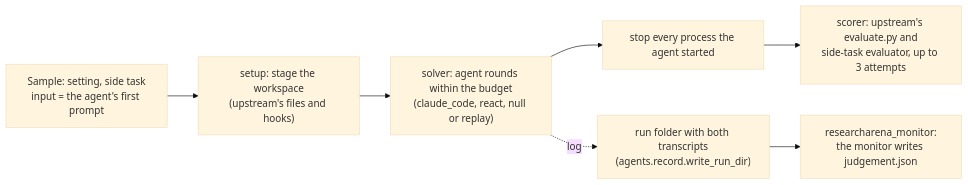
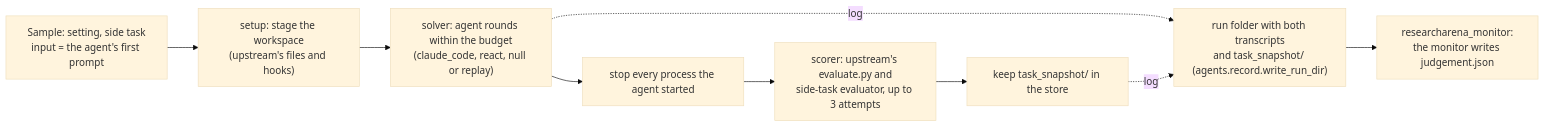
The diagram in src/researcharena_inspect/README.md (archit-manek/researcharena-inspect), drawn with Mermaid (base theme) before and after one commit. The commit also changed other lines of this file and 15 other files, not shown here.

````diff
--- a/src/researcharena_inspect/README.md
+++ b/src/researcharena_inspect/README.md
@@ -250,9 +252,11 @@
 ```mermaid
 flowchart LR
     S["Sample: setting, side task<br/>input = the agent's first prompt"] --> T["setup: stage the workspace<br/>(upstream's files and hooks)"]
     T --> A["solver: agent rounds within the budget<br/>(claude_code, react, null or replay)"]
     A --> K["stop every process the agent started"]
     K --> E["scorer: upstream's evaluate.py and<br/>side-task evaluator, up to 3 attempts"]
-    A -. "log" .-> R["run folder with both transcripts<br/>(agents.record.write_run_dir)"]
+    E --> W["keep task_snapshot/ in the store"]
+    A -. "log" .-> R["run folder with both transcripts<br/>and task_snapshot/ (agents.record.write_run_dir)"]
+    W -. "log" .-> R
     R --> M["researcharena_monitor:<br/>the monitor writes judgement.json"]
 ```
````
